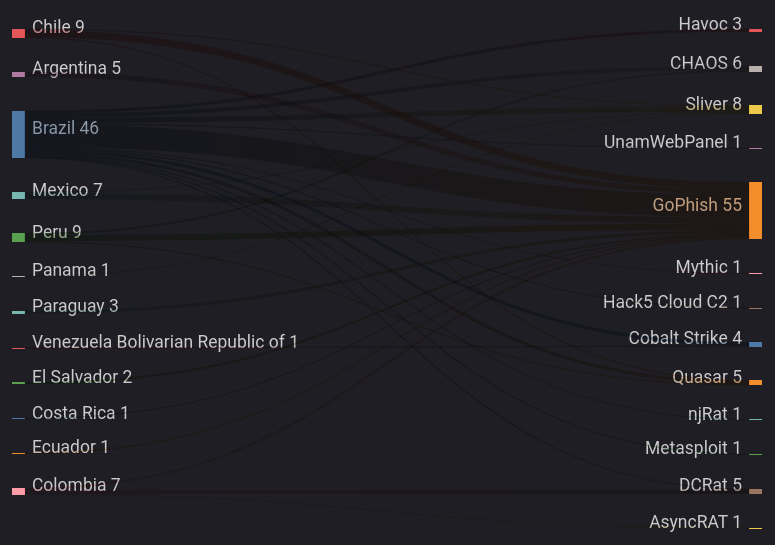
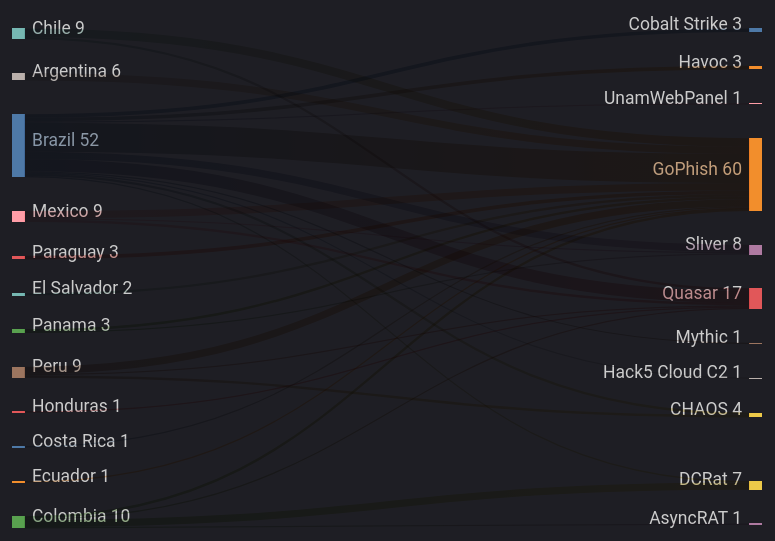
The fifth of 8 diagrams in zolim.md (ZoqueLabs/website), drawn with Mermaid before and after one commit. The commit also changed other lines of this file, not shown here.

````diff
--- a/zolim.md
+++ b/zolim.md
@@ -114,38 +114,38 @@
 ```mermaid
 ---
 config:
   theme: dark
 ---
 %% Country → Threat (top)
 sankey-beta
-  Brazil,GoPhish,22
+  Brazil,GoPhish,24
+  Brazil,Quasar,10
   Chile,GoPhish,7
+  Colombia,DCRat,6
+  Brazil,Sliver,6
   Mexico,GoPhish,6
   Peru,GoPhish,6
-  Brazil,Sliver,5
-  Argentina,GoPhish,5
-  Colombia,DCRat,4
-  Brazil,CHAOS,4
+  Argentina,GoPhish,6
   Brazil,Cobalt Strike,3
-  Brazil,Quasar,3
   Brazil,Havoc,3
   Paraguay,GoPhish,3
   El Salvador,GoPhish,2
   Colombia,GoPhish,2
+  Chile,Quasar,2
+  Panama,GoPhish,2
+  Mexico,Quasar,2
   Peru,CHAOS,2
+  Brazil,CHAOS,2
   Colombia,AsyncRAT,1
   Brazil,UnamWebPanel,1
   Brazil,Mythic,1
   Brazil,Hack5 Cloud C2,1
   Mexico,Sliver,1
   Panama,Sliver,1
   Peru,Quasar,1
   Costa Rica,GoPhish,1
   Ecuador,GoPhish,1
   Brazil,DCRat,1
-  Chile,Quasar,1
-  Venezuela  Bolivarian Republic of,Cobalt Strike,1
-  Chile,Sliver,1
-  Brazil,njRat,1
-  Brazil,Metasploit,1
+  Honduras,Quasar,1
+  Colombia,Quasar,1
 ```
````
